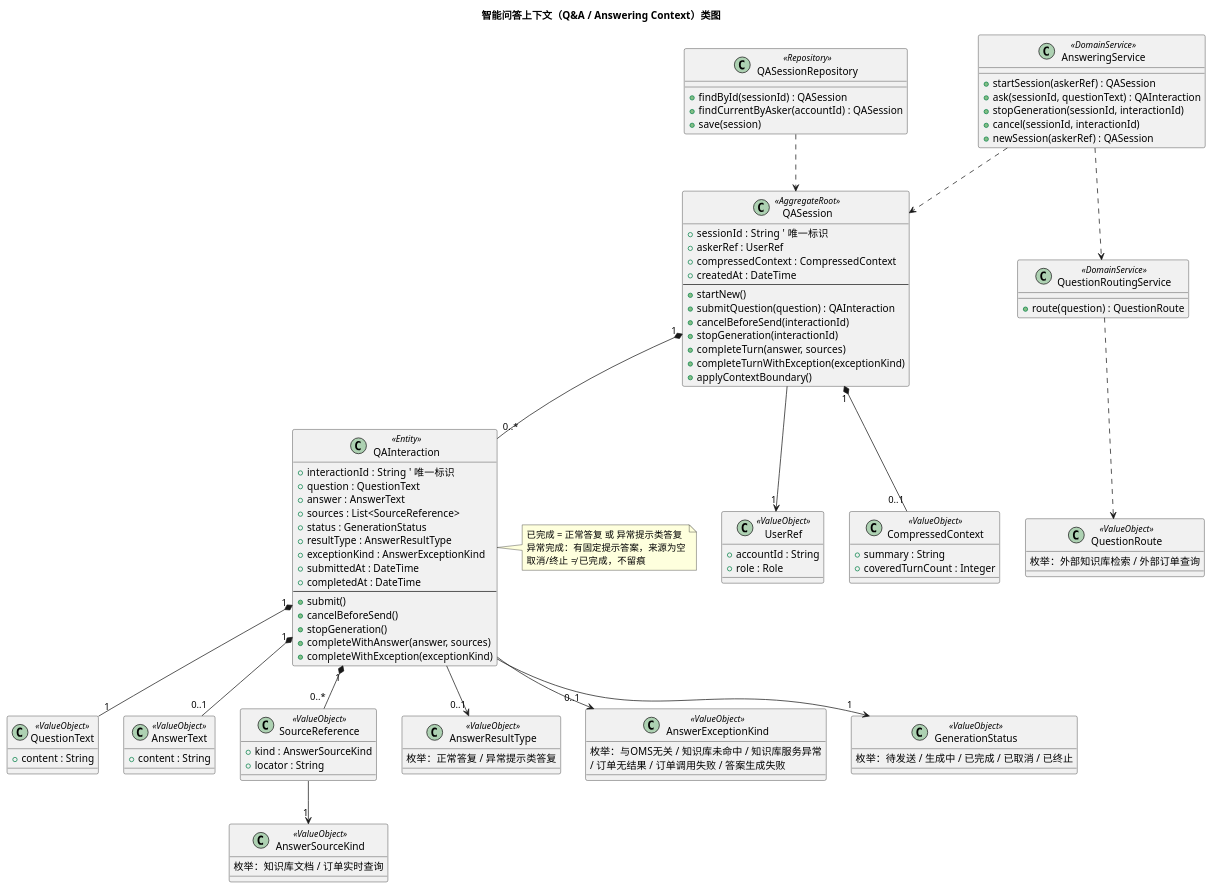
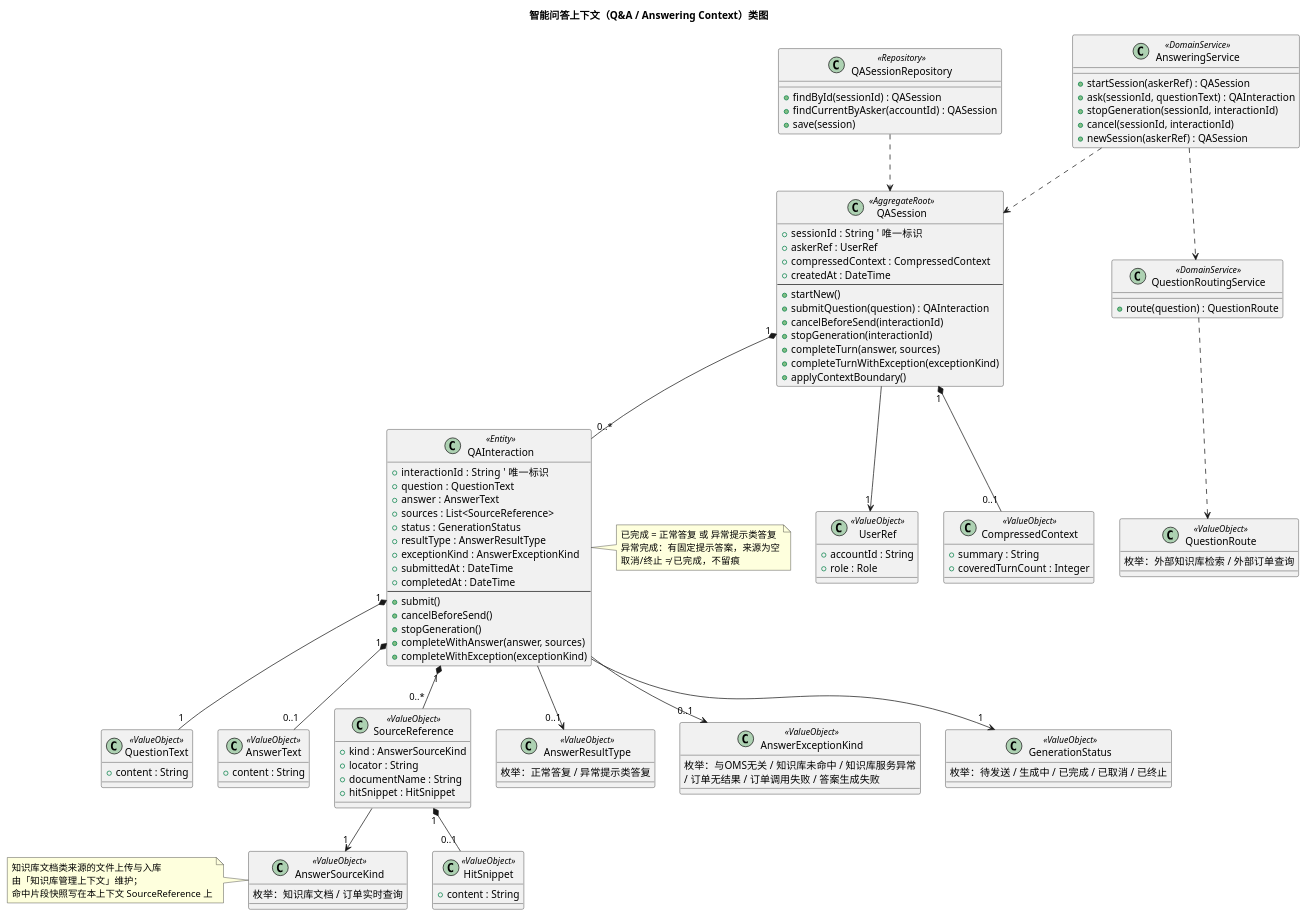
Before and after one commit to Wendy123wx/OMS-AI-RAG-Agent: the third of 13 diagrams in docs/prd/02-领域模型.md, drawn with PlantUML. The commit also changed other lines of this file and 13 other files, not shown here.

````diff
--- a/docs/prd/02-领域模型.md
+++ b/docs/prd/02-领域模型.md
@@ -552,7 +632,15 @@
 class SourceReference <<ValueObject>> {
   +kind : AnswerSourceKind
   +locator : String
+  +documentName : String
+  +hitSnippet : HitSnippet
   ' 文档检索路径或「订单系统实时查询」；不可变
+  ' 知识库文档类须含文件名与命中片段；订单类二者为空
+}
+
+class HitSnippet <<ValueObject>> {
+  +content : String
+  ' 不可变；本次检索用于作答的知识正文快照
 }
 
 class AnswerResultType <<ValueObject>> {
@@ -609,6 +697,7 @@
 QAInteraction --> "0..1" AnswerResultType
 QAInteraction --> "0..1" AnswerExceptionKind
 SourceReference --> "1" AnswerSourceKind
+SourceReference "1" *-- "0..1" HitSnippet
 QuestionRoutingService ..> QuestionRoute
 AnsweringService ..> QASession
 AnsweringService ..> QuestionRoutingService
@@ -620,5 +709,11 @@
   取消/终止 ≠ 已完成，不留痕
 end note
 
+note left of AnswerSourceKind
+  知识库文档类来源的文件上传与入库
+  由「知识库管理上下文」维护；
+  命中片段快照写在本上下文 SourceReference 上
+end note
+
 @enduml
 ```
````
